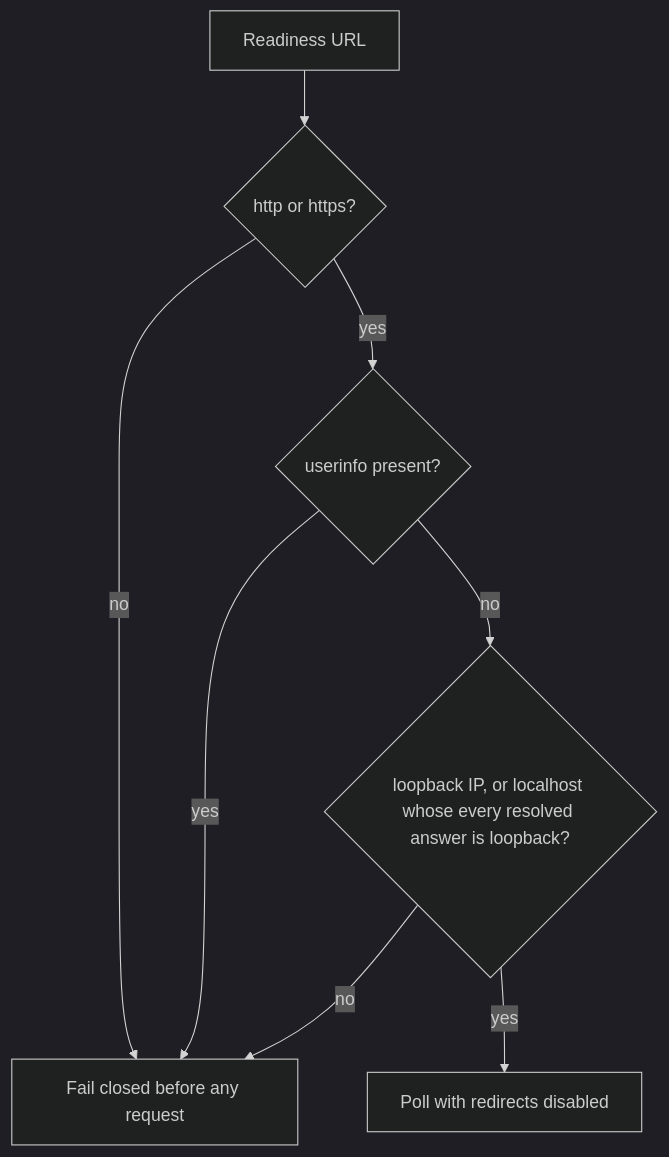
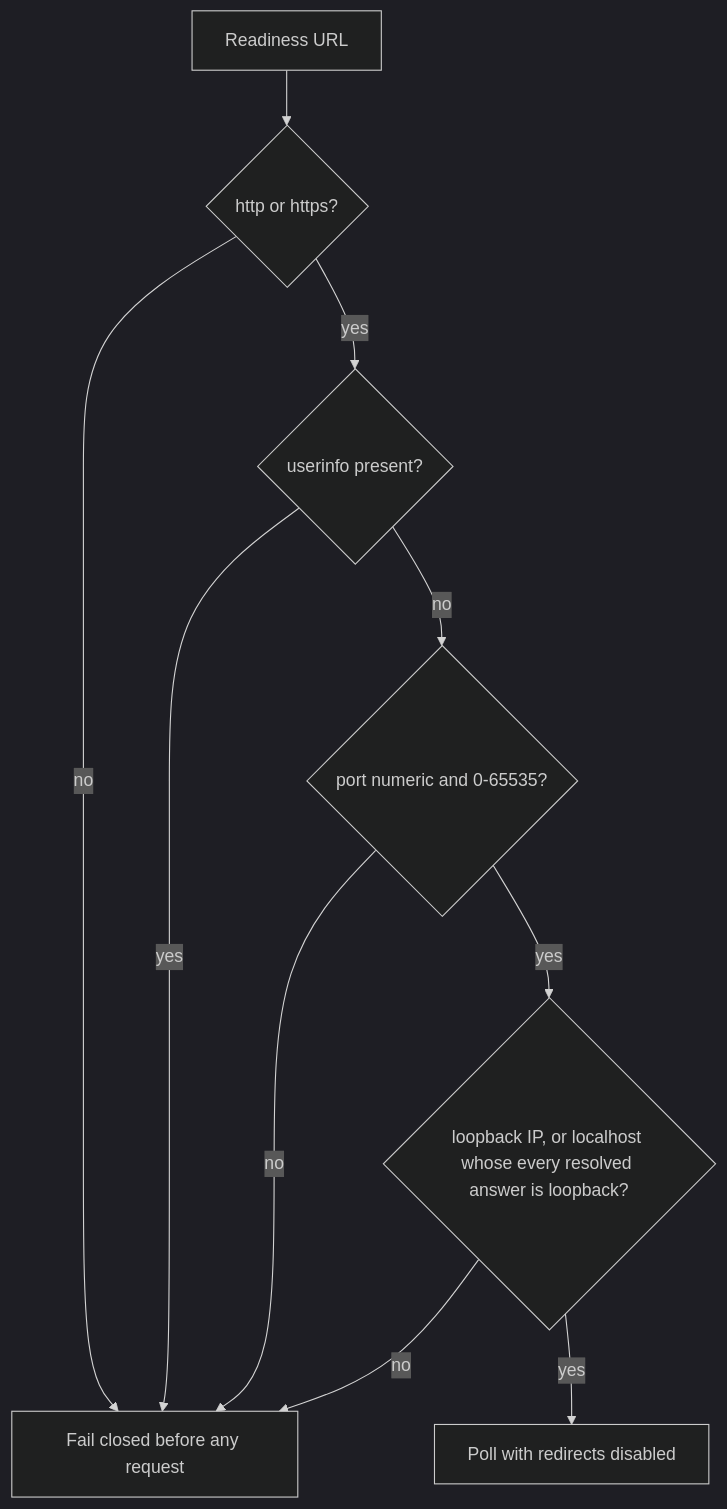
The diagram in docs/doctoring/sandboxed-web-readiness-loopback-boundary.md (ContextualWisdomLab/.github), drawn with Mermaid (dark theme) before and after one commit. The commit also changed other lines of this file and 7 other files, not shown here.

````diff
--- a/docs/doctoring/sandboxed-web-readiness-loopback-boundary.md
+++ b/docs/doctoring/sandboxed-web-readiness-loopback-boundary.md
@@ -48,17 +60,20 @@
 ```mermaid
 flowchart TD
   Url["Readiness URL"]
   Scheme{"http or https?"}
   Userinfo{"userinfo present?"}
+  Port{"port numeric and 0-65535?"}
   Host{"loopback IP, or localhost whose every resolved answer is loopback?"}
   Open["Poll with redirects disabled"]
   Reject["Fail closed before any request"]
 
   Url --> Scheme
   Scheme -->|"no"| Reject
   Scheme -->|"yes"| Userinfo
   Userinfo -->|"yes"| Reject
-  Userinfo -->|"no"| Host
+  Userinfo -->|"no"| Port
+  Port -->|"no"| Reject
+  Port -->|"yes"| Host
   Host -->|"no"| Reject
   Host -->|"yes"| Open
 ```
````
